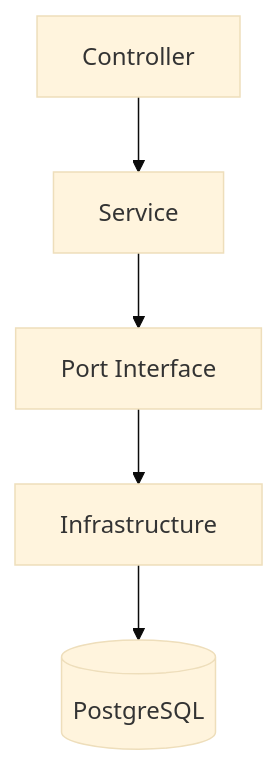
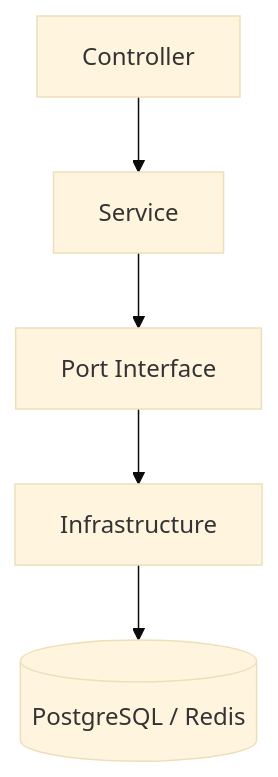
Before and after one commit to HOTSPOT-pro/HOTSPOT-ADMIN-BE: the second of 3 diagrams in README.md, drawn with Mermaid (base theme). The commit also changed other lines of this file, not shown here.

````diff
--- a/README.md
+++ b/README.md
@@ -144,7 +181,7 @@
 ```mermaid
 flowchart TD
     C1[Controller] --> S1[Service]
     S1 --> P1[Port Interface]
     P1 --> I1[Infrastructure]
-    I1 --> DB[(PostgreSQL)]
+    I1 --> DB[(PostgreSQL / Redis)]
 ```
````
